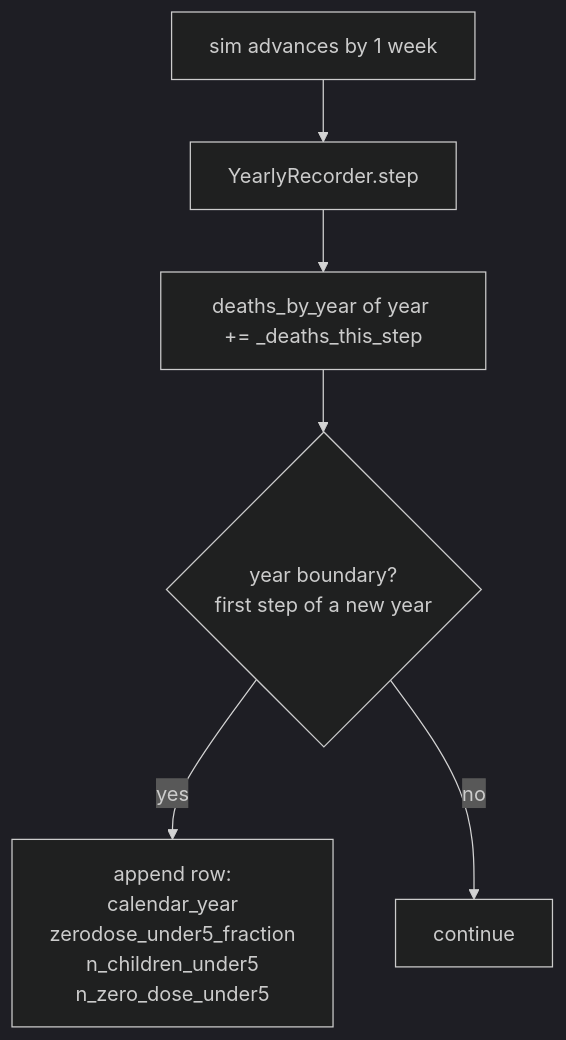
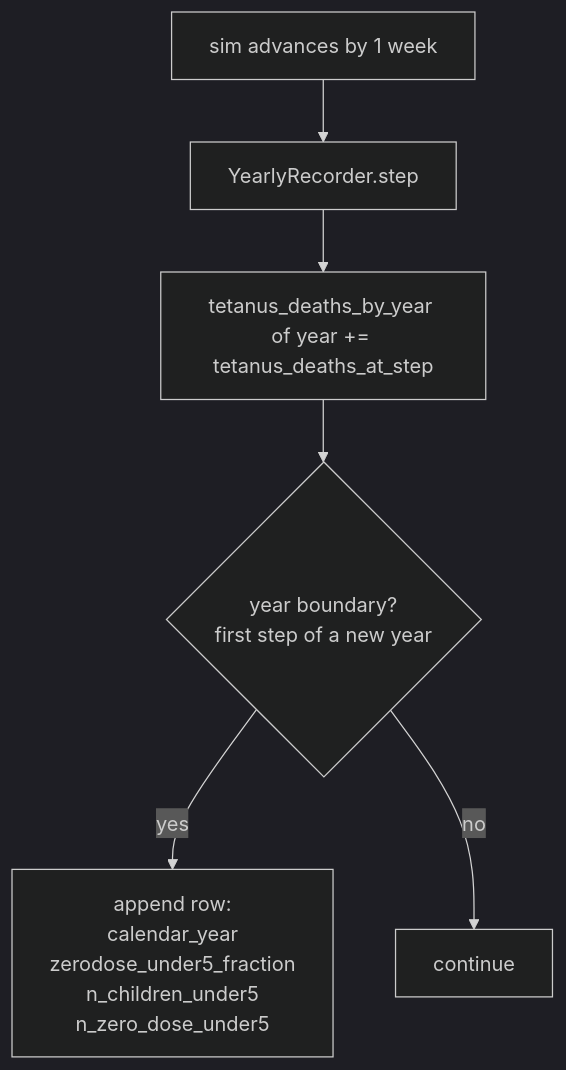
Before and after one commit to starsimhub/zdsim: diagram 11 of 12 in docs/ARCHITECTURE.md, drawn with Mermaid (dark theme). The commit also changed other lines of this file, not shown here.

````diff
--- a/docs/ARCHITECTURE.md
+++ b/docs/ARCHITECTURE.md
@@ -428,13 +395,13 @@
 ```mermaid
 flowchart TD
     S1["sim advances by 1 week"]
     S2["YearlyRecorder.step"]
-    S3["deaths_by_year of year += _deaths_this_step"]
+    S3["tetanus_deaths_by_year of year += tetanus_deaths_at_step"]
     S4{"year boundary?<br/>first step of a new year"}
     S5["append row:<br/>calendar_year<br/>zerodose_under5_fraction<br/>n_children_under5<br/>n_zero_dose_under5"]
     S6["continue"]
 
     S1 --> S2 --> S3 --> S4
     S4 -->|yes| S5
     S4 -->|no| S6
 ```
````
